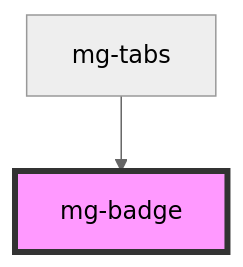
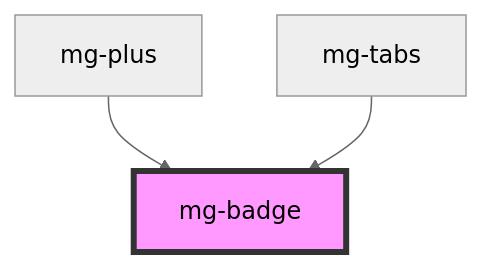
Before and after one commit to MGDIS/mg-components: the diagram in src/components/atoms/mg-badge/readme.md, drawn with Mermaid (neutral theme). The commit also changed other lines of this file and 183 other files, not shown here.

````diff
--- a/src/components/atoms/mg-badge/readme.md
+++ b/src/components/atoms/mg-badge/readme.md
@@ -42,5 +43,6 @@
 ```mermaid
 graph TD;
+  mg-plus --> mg-badge
   mg-tabs --> mg-badge
   style mg-badge fill:#f9f,stroke:#333,stroke-width:4px
 ```
````
